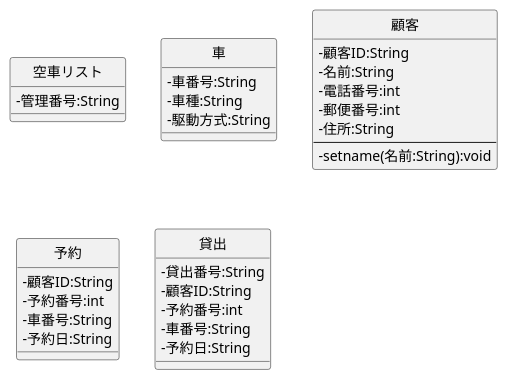
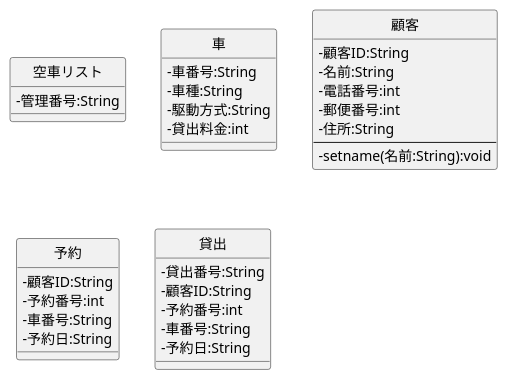
The diagram in 例題3-1_CL_車両貸出システム.pu (kazuki220/uml-introduction), drawn with PlantUML before and after one commit. The commit also changed 1 other file, not shown here.

```diff
--- a/例題3-1_CL_車両貸出システム.pu
+++ b/例題3-1_CL_車両貸出システム.pu
@@ -1,38 +1,39 @@
 @startuml 例題3-1
 skinparam classAttributeIconSize 0
 class 空車リスト{
 - 管理番号:String
 }
 class 車{
 - 車番号:String
 - 車種:String
 - 駆動方式:String
+- 貸出料金:int
 }
 class 顧客{
 - 顧客ID:String
 - 名前:String
 - 電話番号:int
 - 郵便番号:int
 - 住所:String
 ---
 - setname(名前:String):void
 }
 class 予約{
 - 顧客ID:String
 - 予約番号:int
 - 車番号:String
 - 予約日:String
 }
 class 貸出{
 - 貸出番号:String
 - 顧客ID:String
 - 予約番号:int
 - 車番号:String
 - 予約日:String
 }
 hide 空車リスト circle
 hide 車 circle
 hide 顧客 circle
 hide 予約 circle
 hide 貸出 circle
 @enduml
```
